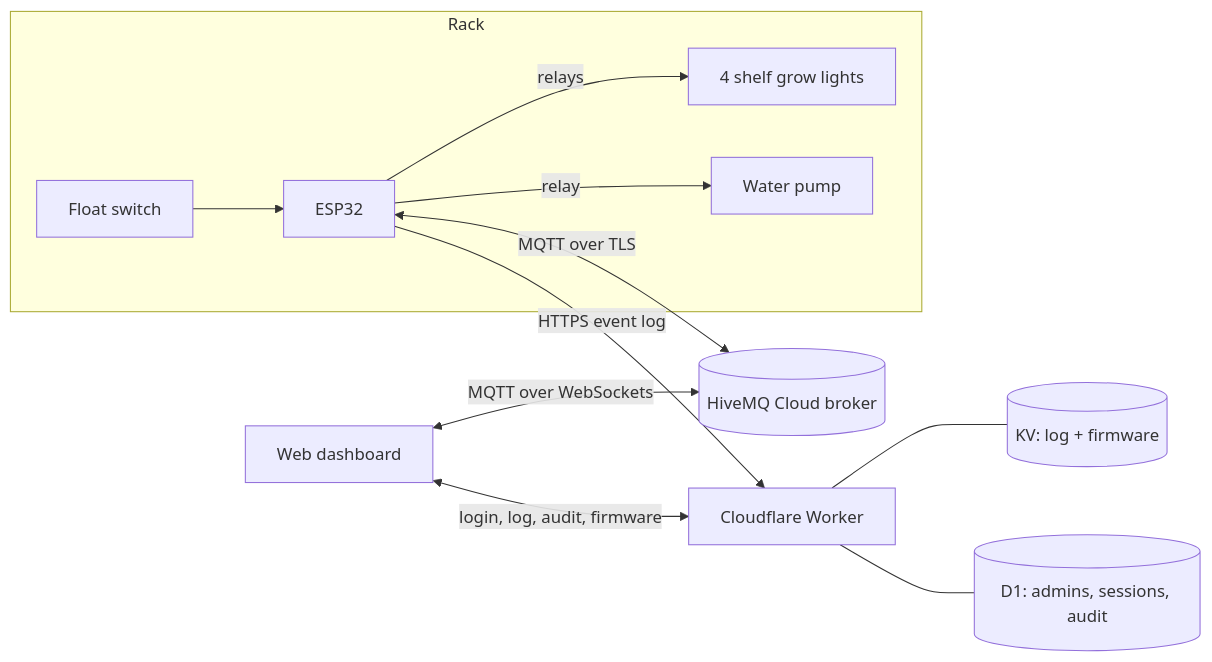
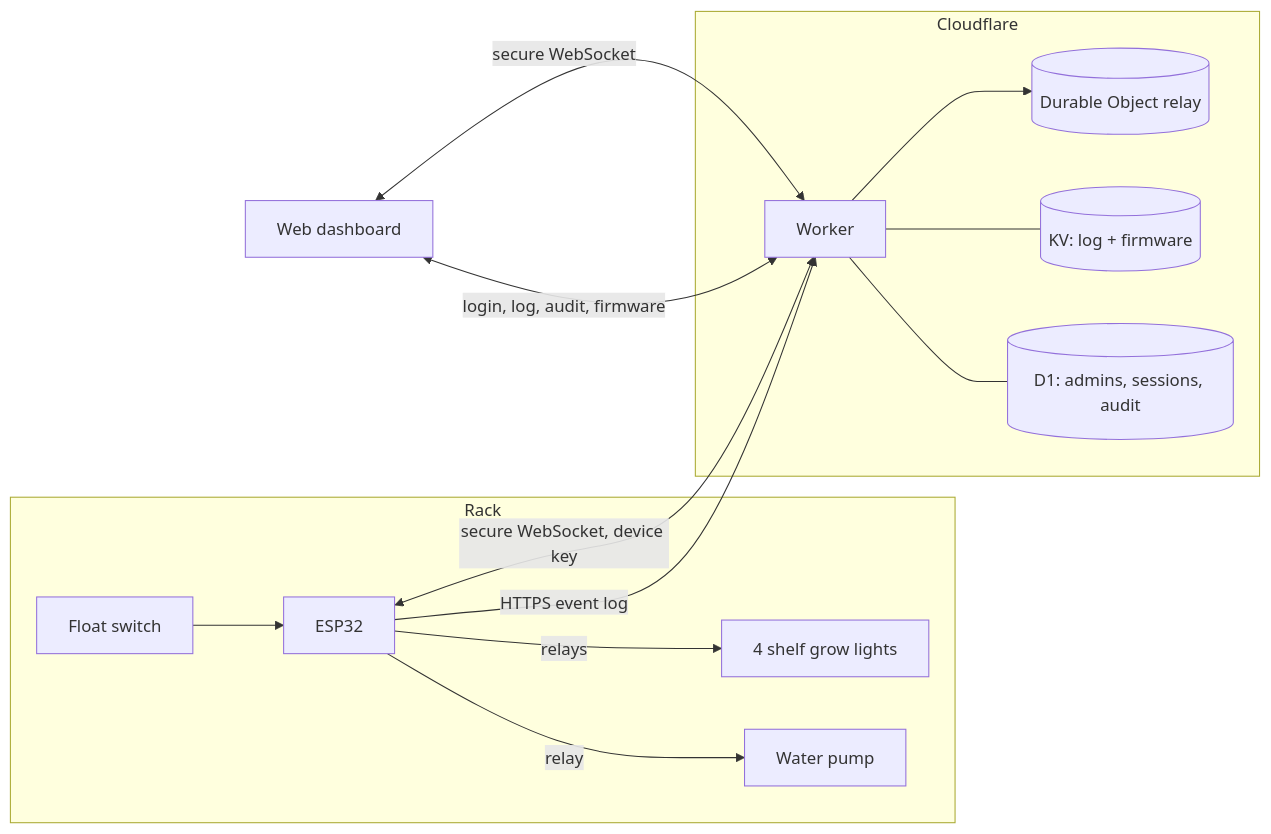
The diagram in README.md (raedmohannadelnour-lgtm/Smart-Hydroponics-System-), drawn with Mermaid before and after one commit. The commit also changed other lines of this file and 15 other files, not shown here.

First line of the commit message:
Replace HiveMQ with a Cloudflare Durable Object relay; add photos

````diff
--- a/README.md
+++ b/README.md
@@ -60,14 +69,17 @@
 ```mermaid
 flowchart LR
     subgraph Rack
         ESP[ESP32] -->|relays| L[4 shelf grow lights]
         ESP -->|relay| P[Water pump]
         F[Float switch] --> ESP
     end
-    ESP <-->|MQTT over TLS| B[(HiveMQ Cloud broker)]
-    ESP -->|HTTPS event log| W[Cloudflare Worker]
-    W --- KV[(KV: log + firmware)]
-    W --- D1[(D1: admins, sessions, audit)]
-    D[Web dashboard] <-->|MQTT over WebSockets| B
+    subgraph Cloudflare
+        W[Worker] --> R[(Durable Object relay)]
+        W --- KV[(KV: log + firmware)]
+        W --- D1[(D1: admins, sessions, audit)]
+    end
+    ESP <-->|secure WebSocket, device key| W
+    ESP -->|HTTPS event log| W
+    D[Web dashboard] <-->|secure WebSocket| W
     D <-->|login, log, audit, firmware| W
 ```
````
